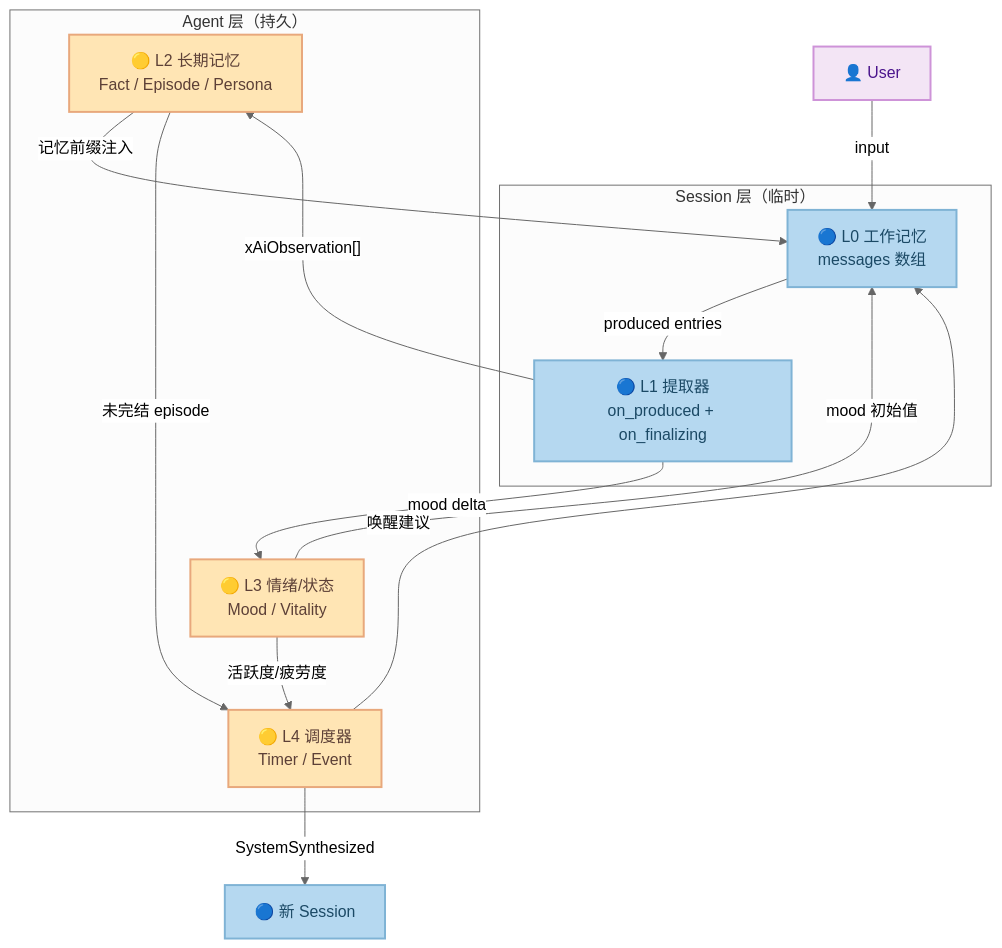
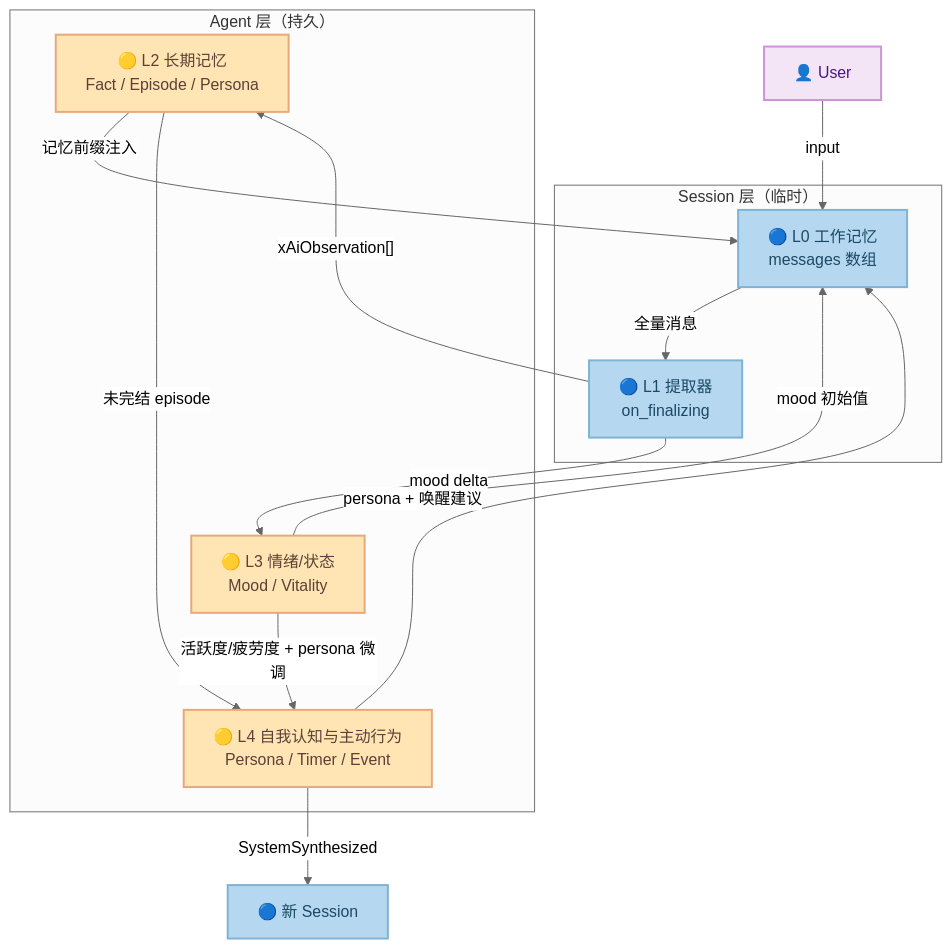
Before and after one commit to mivinci/DownloadKit: the diagram in docs/design/layered-memory.md, drawn with Mermaid (neutral theme). The commit also changed other lines of this file and 9 other files, not shown here.

````diff
--- a/docs/design/layered-memory.md
+++ b/docs/design/layered-memory.md
@@ -317,35 +346,35 @@
 ```mermaid
 graph TB
   subgraph "Agent 层（持久）"
     L2["🟡 L2 长期记忆<br/>Fact / Episode / Persona"]
     L3["🟡 L3 情绪/状态<br/>Mood / Vitality"]
-    L4["🟡 L4 调度器<br/>Timer / Event"]
+    L4["🟡 L4 自我认知与主动行为<br/>Persona / Timer / Event"]
   end
 
   subgraph "Session 层（临时）"
-    L1_extract["🔵 L1 提取器<br/>on_produced + on_finalizing"]
+    L1_extract["🔵 L1 提取器<br/>on_finalizing"]
     L0["🔵 L0 工作记忆<br/>messages 数组"]
   end
 
   U["👤 User"] -->|"input"| L0
-  L0 -->|"produced entries"| L1_extract
+  L0 -->|"全量消息"| L1_extract
   L1_extract -->|"xAiObservation[]"| L2
   L1_extract -->|"mood delta"| L3
 
   L2 -->|"记忆前缀注入"| L0
   L3 -->|"mood 初始值"| L0
-  L4 -->|"唤醒建议"| L0
+  L4 -->|"persona + 唤醒建议"| L0
 
-  L3 -->|"活跃度/疲劳度"| L4
+  L3 -->|"活跃度/疲劳度 + persona 微调"| L4
   L2 -->|"未完结 episode"| L4
 
   L4 -->|"SystemSynthesized"| NEW_SESS["🔵 新 Session"]
 
   style L2 fill:#FFE5B4,stroke:#E8A87C,color:#5D4037,stroke-width:2px
   style L3 fill:#FFE5B4,stroke:#E8A87C,color:#5D4037,stroke-width:2px
   style L4 fill:#FFE5B4,stroke:#E8A87C,color:#5D4037,stroke-width:2px
   style L1_extract fill:#B5D8F0,stroke:#7FB3D5,color:#1B4965,stroke-width:2px
   style L0 fill:#B5D8F0,stroke:#7FB3D5,color:#1B4965,stroke-width:2px
   style U fill:#F3E5F5,stroke:#CE93D8,color:#4A148C,stroke-width:2px
   style NEW_SESS fill:#B5D8F0,stroke:#7FB3D5,color:#1B4965,stroke-width:2px
 ```
````
